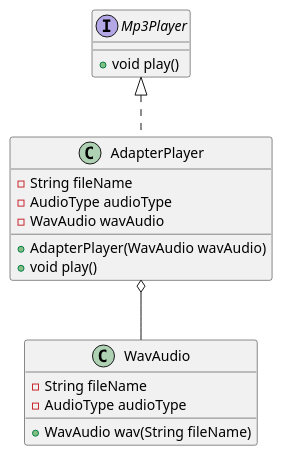
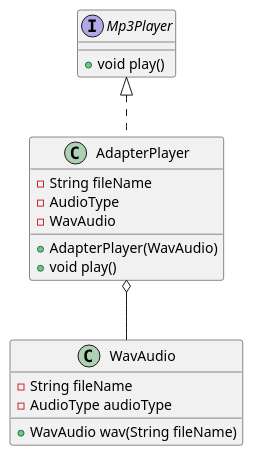
The diagram in spring-cloud-design-pattern/structure-adapter-pattern/src/main/resources/static/diagram.puml (sunnyzhy/Design-pattern), drawn with PlantUML before and after one commit. The commit also changed 42 other files, not shown here.

```diff
--- a/spring-cloud-design-pattern/structure-adapter-pattern/src/main/resources/static/diagram.puml
+++ b/spring-cloud-design-pattern/structure-adapter-pattern/src/main/resources/static/diagram.puml
@@ -1,25 +1,25 @@
 @startuml
 
 AdapterPlayer o-- WavAudio
 
 class WavAudio {
--String fileName
--AudioType audioType
+  -String fileName
+  -AudioType audioType
 
-+WavAudio wav(String fileName)
+  +WavAudio wav(String fileName)
 }
 
 interface Mp3Player {
-+void play()
+  +void play()
 }
 
 class AdapterPlayer implements Mp3Player {
-- String fileName
-- AudioType audioType
-- WavAudio wavAudio
+  - String fileName
+  - AudioType
+  - WavAudio
 
-+AdapterPlayer(WavAudio wavAudio)
-+void play()
+  +AdapterPlayer(WavAudio)
+  +void play()
 }
 
 @enduml
```
